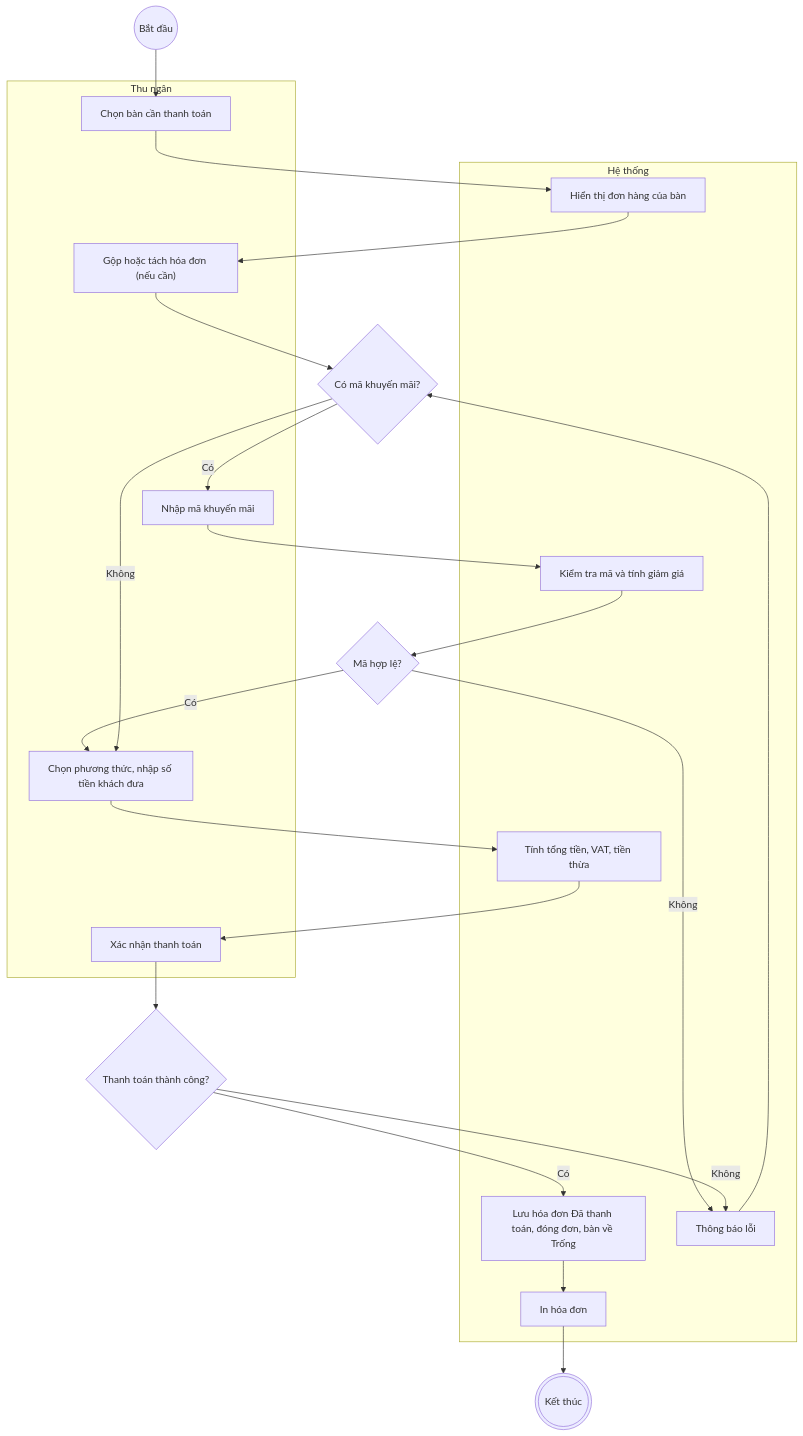
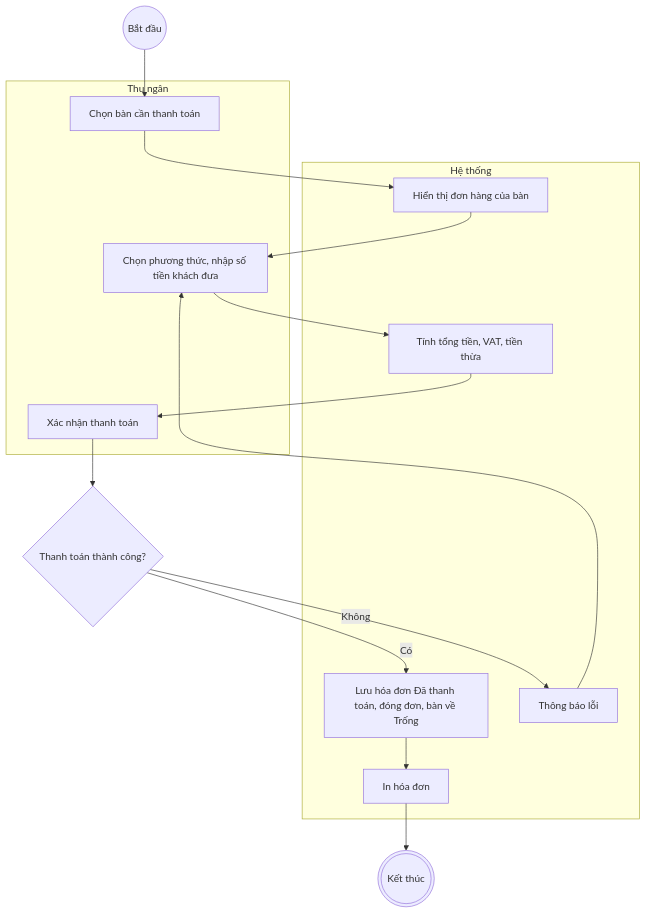
One commit to dungcony/e-learn changed the seventh of 7 diagrams in docs/srs-restaurant.md. Above: the diagram before and after it, drawn with Mermaid. The commit also changed other lines of this file, not shown here.

````diff
--- a/docs/srs-restaurant.md
+++ b/docs/srs-restaurant.md
@@ -595,31 +448,21 @@
 ```mermaid
 flowchart TD
     S(("Bắt đầu"))
-    D1{"Có mã khuyến mãi?"}
-    D2{"Mã hợp lệ?"}
-    D3{"Thanh toán thành công?"}
+    D1{"Thanh toán thành công?"}
     subgraph T["Thu ngân"]
         A1["Chọn bàn cần thanh toán"]
-        A2["Gộp hoặc tách hóa đơn (nếu cần)"]
-        A3["Nhập mã khuyến mãi"]
-        A4["Chọn phương thức, nhập số tiền khách đưa"]
-        A5["Xác nhận thanh toán"]
+        A2["Chọn phương thức, nhập số tiền khách đưa"]
+        A3["Xác nhận thanh toán"]
     end
     subgraph H["Hệ thống"]
         B1["Hiển thị đơn hàng của bàn"]
-        B2["Kiểm tra mã và tính giảm giá"]
-        B3["Tính tổng tiền, VAT, tiền thừa"]
-        B4["Lưu hóa đơn Đã thanh toán, đóng đơn, bàn về Trống"]
-        B5["In hóa đơn"]
-        B6["Thông báo lỗi"]
+        B2["Tính tổng tiền, VAT, tiền thừa"]
+        B3["Lưu hóa đơn Đã thanh toán, đóng đơn, bàn về Trống"]
+        B4["In hóa đơn"]
+        B5["Thông báo lỗi"]
     end
     E((("Kết thúc")))
-    S --> A1 --> B1 --> A2 --> D1
-    D1 -->|"Có"| A3 --> B2 --> D2
-    D2 -->|"Không"| B6 --> D1
-    D2 -->|"Có"| A4
-    D1 -->|"Không"| A4
-    A4 --> B3 --> A5 --> D3
-    D3 -->|"Không"| B6
-    D3 -->|"Có"| B4 --> B5 --> E
+    S --> A1 --> B1 --> A2 --> B2 --> A3 --> D1
+    D1 -->|"Không"| B5 --> A2
+    D1 -->|"Có"| B3 --> B4 --> E
 ```
````
